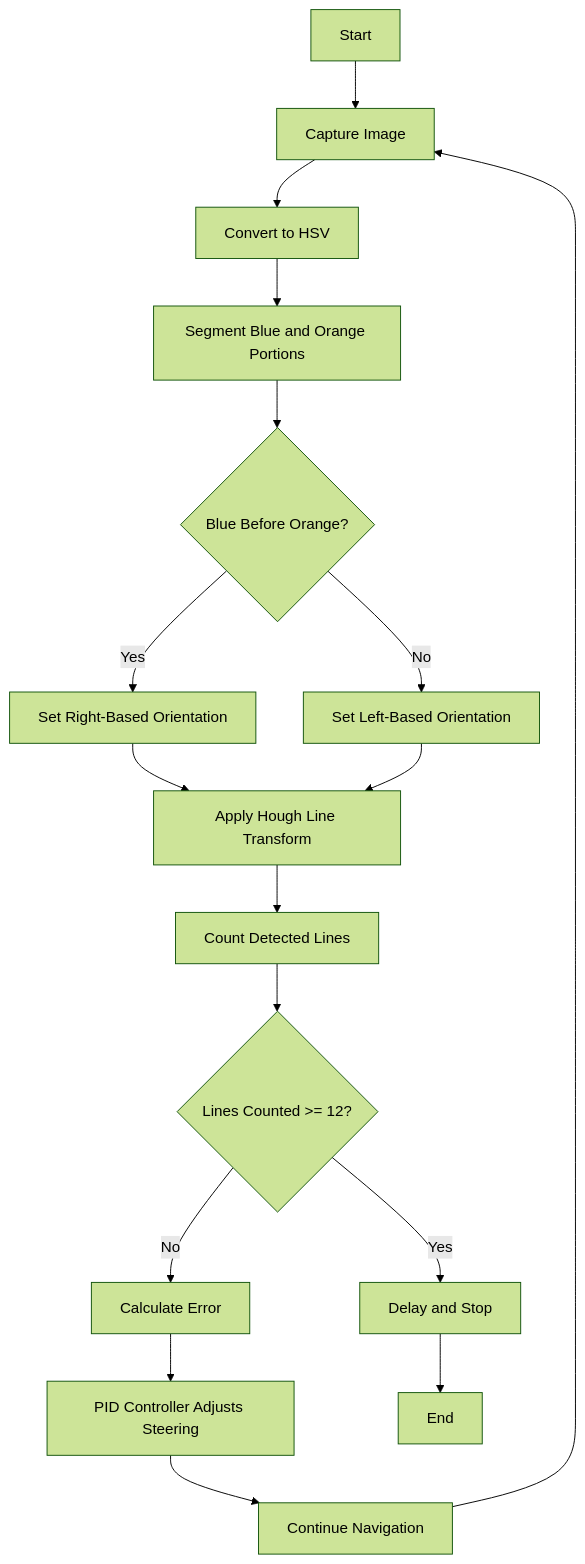
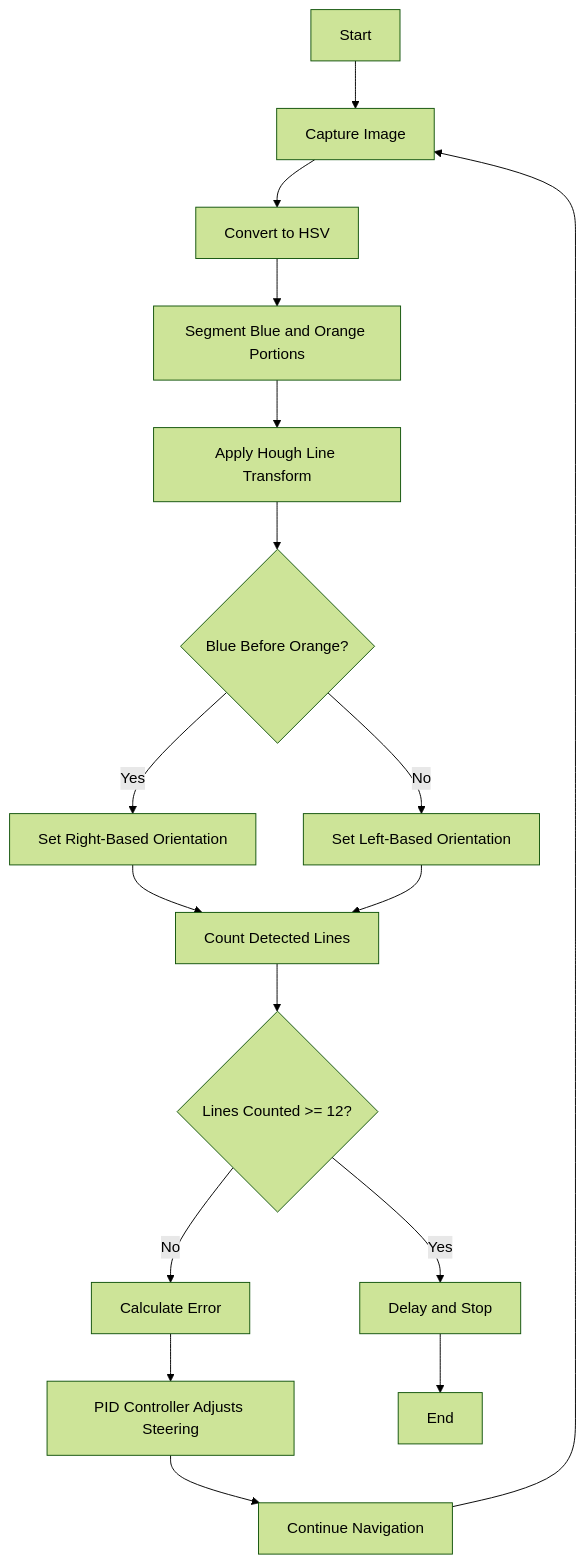
One commit to AnasBinAzim/WRODRAFT changed the first of 2 diagrams in README.md. Above: the diagram before and after it, drawn with Mermaid (forest theme). The commit also changed other lines of this file, not shown here.

````diff
--- a/README.md
+++ b/README.md
@@ -660,19 +660,19 @@
 ```mermaid
 flowchart TD
     A[Start] --> B[Capture Image]
     B --> C[Convert to HSV]
     C --> D[Segment Blue and Orange Portions]
-    D --> E{Blue Before Orange?}
+    D --> H[Apply Hough Line Transform]
+    H --> E{Blue Before Orange?}
     E -->|Yes| F[Set Right-Based Orientation]
     E -->|No| G[Set Left-Based Orientation]
-    F --> H[Apply Hough Line Transform]
-    G --> H
-    H --> I[Count Detected Lines]
+    F --> I[Count Detected Lines]
+    G --> I
     I --> J{Lines Counted >= 12?}
     J -->|No| K[Calculate Error]
     K --> L[PID Controller Adjusts Steering]
     L --> M[Continue Navigation]
     M --> B
     J -->|Yes| N[Delay and Stop]
     N --> O[End]
 ```
````
